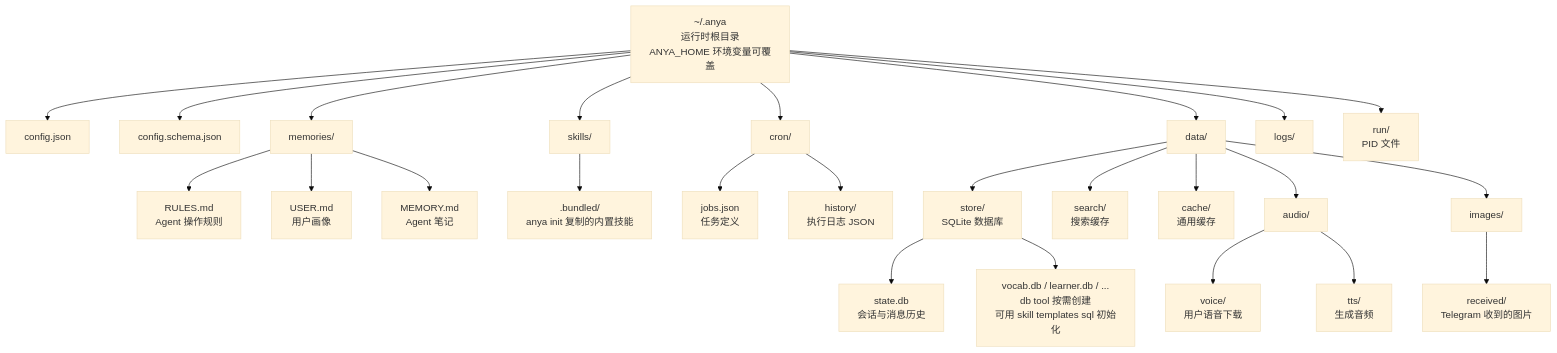
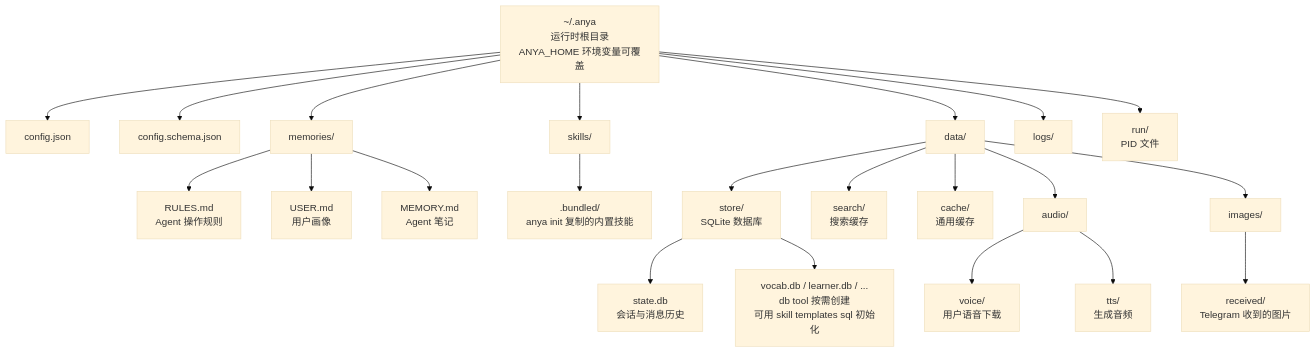
Diagram 12 of 12 in docs/architecture-diagrams.md (boltguo/anya), drawn with Mermaid (base theme) before and after one commit. The commit also changed other lines of this file and 40 other files, not shown here.

````diff
--- a/docs/architecture-diagrams.md
+++ b/docs/architecture-diagrams.md
@@ -396,34 +357,31 @@
 ```mermaid
 graph TD
   HOME["~/.anya\n运行时根目录\nANYA_HOME 环境变量可覆盖"] --> CFG["config.json"]
   HOME --> SCHEMA["config.schema.json"]
   HOME --> MEM["memories/"]
   HOME --> SK["skills/"]
-  HOME --> CRON["cron/"]
   HOME --> DATA["data/"]
   HOME --> LOGS["logs/"]
   HOME --> RUN["run/\nPID 文件"]
 
   MEM --> RULES["RULES.md\nAgent 操作规则"]
   MEM --> USER["USER.md\n用户画像"]
   MEM --> MEMORY["MEMORY.md\nAgent 笔记"]
 
   SK --> BUNDLED[".bundled/\nanya init 复制的内置技能"]
 
-  CRON --> CJOBS["jobs.json\n任务定义"]
-  CRON --> CHIST["history/\n执行日志 JSON"]
 
   DATA --> STORE["store/\nSQLite 数据库"]
   DATA --> SEARCH["search/\n搜索缓存"]
   DATA --> CACHE["cache/\n通用缓存"]
   DATA --> AUDIO["audio/"]
   DATA --> IMAGES["images/"]
 
   STORE --> STATEDB["state.db\n会话与消息历史"]
   STORE --> OTHERDB["vocab.db / learner.db / ...\ndb tool 按需创建\n可用 skill templates sql 初始化"]
 
   AUDIO --> AVOICE["voice/\n用户语音下载"]
   AUDIO --> ATTS["tts/\n生成音频"]
 
   IMAGES --> RECEIVED["received/\nTelegram 收到的图片"]
 ```
````
